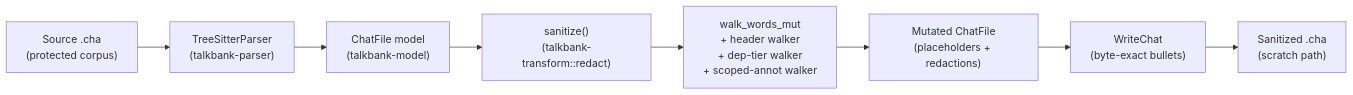
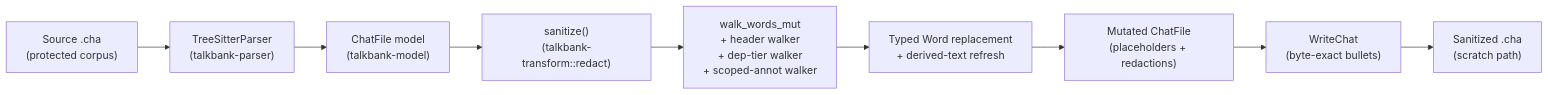
One commit to TalkBank/chatter changed the diagram in book/src/chatter/user-guide/sanitize.md. Above: the diagram before and after it, drawn with Mermaid. The commit also changed other lines of this file and 108 other files, not shown here.

````diff
--- a/book/src/chatter/user-guide/sanitize.md
+++ b/book/src/chatter/user-guide/sanitize.md
@@ -88,10 +89,11 @@
 ```mermaid
 flowchart LR
     Input["Source .cha\n(protected corpus)"] --> Parser["TreeSitterParser\n(talkbank-parser)"]
     Parser --> Model["ChatFile model\n(talkbank-model)"]
     Model --> Sanitize["sanitize()\n(talkbank-transform::redact)"]
     Sanitize --> Walker["walk_words_mut\n+ header walker\n+ dep-tier walker\n+ scoped-annot walker"]
-    Walker --> Mutated["Mutated ChatFile\n(placeholders + redactions)"]
+    Walker --> WordMutation["Typed Word replacement\n+ derived-text refresh"]
+    WordMutation --> Mutated["Mutated ChatFile\n(placeholders + redactions)"]
     Mutated --> Writer["WriteChat\n(byte-exact bullets)"]
     Writer --> Output["Sanitized .cha\n(scratch path)"]
 ```
````
